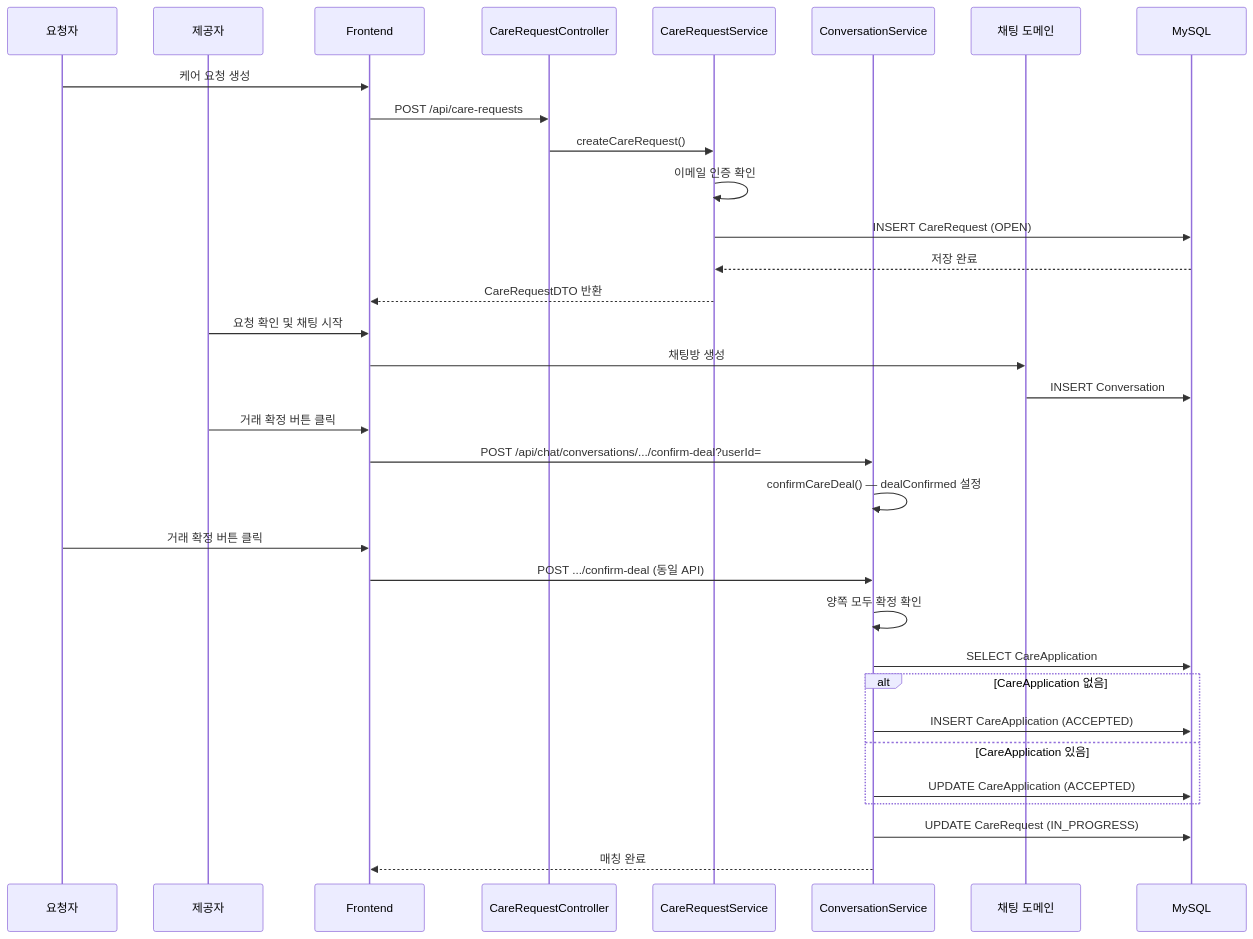
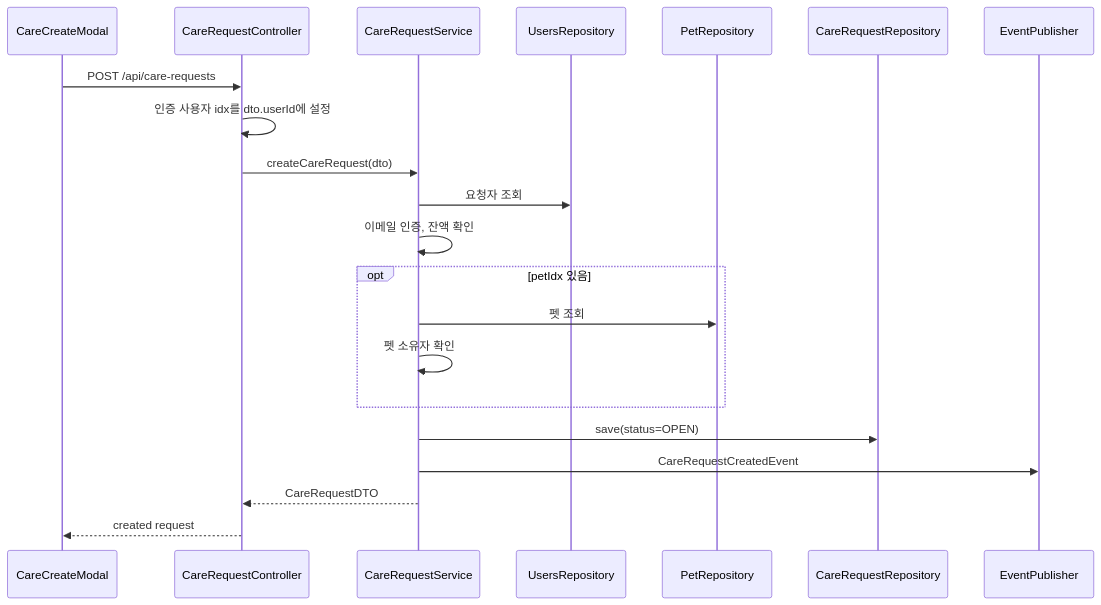
The second of 6 diagrams in docs/architecture/care/펫 케어 & 매칭 아키텍처.md (makkong1/Petory), drawn with Mermaid before and after one commit. The commit also changed other lines of this file and 44 other files, not shown here.

````diff
--- a/docs/architecture/care/펫 케어 & 매칭 아키텍처.md
+++ b/docs/architecture/care/펫 케어 & 매칭 아키텍처.md
@@ -425,41 +154,24 @@
 ```mermaid
 sequenceDiagram
-    participant Requester as 요청자
-    participant Provider as 제공자
-    participant Frontend
-    participant CareRequestController
-    participant CareRequestService
-    participant ConversationService
-    participant ChatDomain as 채팅 도메인
-    participant MySQL
-    
-    Requester->>Frontend: 케어 요청 생성
-    Frontend->>CareRequestController: POST /api/care-requests
-    CareRequestController->>CareRequestService: createCareRequest()
-    CareRequestService->>CareRequestService: 이메일 인증 확인
-    CareRequestService->>MySQL: INSERT CareRequest (OPEN)
-    MySQL-->>CareRequestService: 저장 완료
-    CareRequestService-->>Frontend: CareRequestDTO 반환
-    
-    Provider->>Frontend: 요청 확인 및 채팅 시작
-    Frontend->>ChatDomain: 채팅방 생성
-    ChatDomain->>MySQL: INSERT Conversation
-    
-    Provider->>Frontend: 거래 확정 버튼 클릭
-    Frontend->>ConversationService: POST /api/chat/conversations/.../confirm-deal?userId=
-    ConversationService->>ConversationService: confirmCareDeal() — dealConfirmed 설정
-    
-    Requester->>Frontend: 거래 확정 버튼 클릭
-    Frontend->>ConversationService: POST .../confirm-deal (동일 API)
-    ConversationService->>ConversationService: 양쪽 모두 확정 확인
-    
-    ConversationService->>MySQL: SELECT CareApplication
-    alt CareApplication 없음
-        ConversationService->>MySQL: INSERT CareApplication (ACCEPTED)
-    else CareApplication 있음
-        ConversationService->>MySQL: UPDATE CareApplication (ACCEPTED)
+    participant FE as CareCreateModal
+    participant API as CareRequestController
+    participant S as CareRequestService
+    participant U as UsersRepository
+    participant P as PetRepository
+    participant R as CareRequestRepository
+    participant E as EventPublisher
+
+    FE->>API: POST /api/care-requests
+    API->>API: 인증 사용자 idx를 dto.userId에 설정
+    API->>S: createCareRequest(dto)
+    S->>U: 요청자 조회
+    S->>S: 이메일 인증, 잔액 확인
+    opt petIdx 있음
+        S->>P: 펫 조회
+        S->>S: 펫 소유자 확인
     end
-    
-    ConversationService->>MySQL: UPDATE CareRequest (IN_PROGRESS)
-    ConversationService-->>Frontend: 매칭 완료
+    S->>R: save(status=OPEN)
+    S->>E: CareRequestCreatedEvent
+    S-->>API: CareRequestDTO
+    API-->>FE: created request
 ```
````
